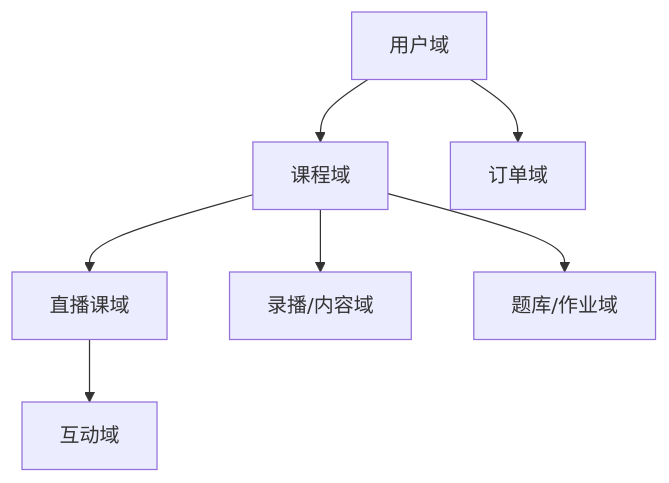
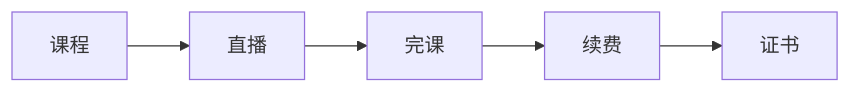
The diagram in 业务模型/在线教育业务模型.md (tghrxxxyyy/knowledge-base), drawn with Mermaid before and after one commit. The commit also changed other lines of this file and 270 other files, not shown here.

````diff
--- a/业务模型/在线教育业务模型.md
+++ b/业务模型/在线教育业务模型.md
@@ -11,9 +19,9 @@
 ```mermaid
-flowchart TD
-    U[用户域] --> C[课程域]
-    C --> Live[直播课域]
-    C --> Vod[录播/内容域]
-    C --> Q[题库/作业域]
-    U --> O[订单域]
-    Live --> I[互动域]
+flowchart LR
+    A[课程]
+    B[直播]
+    C[完课]
+    D[续费]
+    E[证书]
+    A --> B --> C --> D --> E
 ```
````
